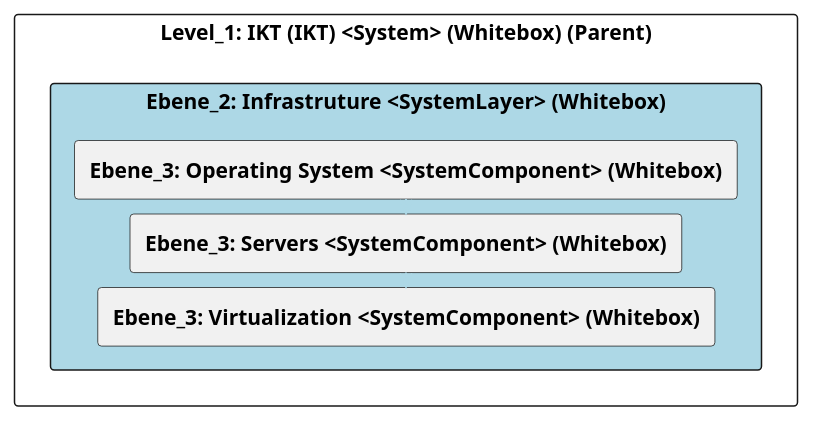
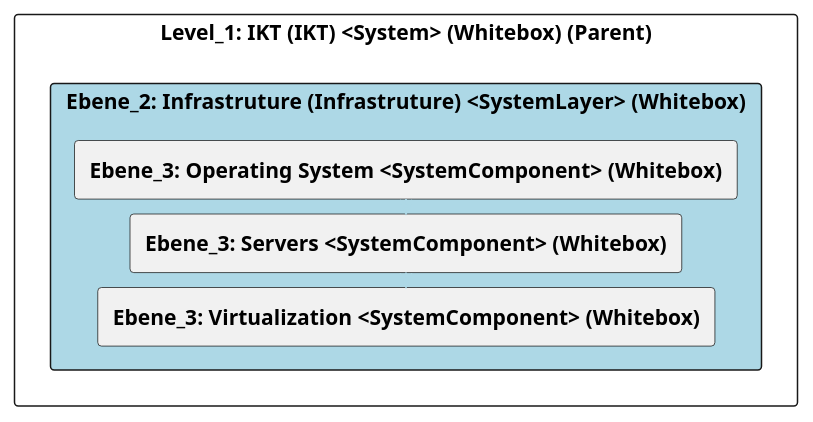
The diagram in src/cleon.architecturemethods.arc42.sample/doc/cleon_architecturemethods_arc42_sample_system/adoc/de/05_bausteinsicht/ikt/infrastruture/ebene_2_infrastruture.adoc (marcozwyssig/cleon), drawn with PlantUML before and after one commit. The commit also changed other lines of this file and 166 other files, not shown here.

```diff
--- a/src/cleon.architecturemethods.arc42.sample/doc/cleon_architecturemethods_arc42_sample_system/adoc/de/05_bausteinsicht/ikt/infrastruture/ebene_2_infrastruture.adoc
+++ b/src/cleon.architecturemethods.arc42.sample/doc/cleon_architecturemethods_arc42_sample_system/adoc/de/05_bausteinsicht/ikt/infrastruture/ebene_2_infrastruture.adoc
@@ -20,30 +20,30 @@
-[plantuml, Ebene_2: Infrastruture <SystemLayer> (Whitebox)BlockOverview, format="svg"]
+[plantuml, Ebene_2: Infrastruture (Infrastruture) <SystemLayer> (Whitebox)BlockOverview, format="svg"]
 ----
-@startuml Ebene_2: Infrastruture <SystemLayer> (Whitebox)BuildingBlockOverview
+@startuml Ebene_2: Infrastruture (Infrastruture) <SystemLayer> (Whitebox)BuildingBlockOverview
 
 skinparam ranksep 10
 skinparam componentStyle rectangle
 skinparam shadowing false
 skinparam arrowColor lightblue
 skinparam arrowThickness 1.2
 skinparam rectangle {
   BackgroundColor White
   BorderColor #333
   RoundCorner 10
 }
 top to bottom direction
 
 component "Level_1: IKT (IKT) <System> (Whitebox) (Parent)" {
-    component "Ebene_2: Infrastruture <SystemLayer> (Whitebox)" #lightblue {
+    component "Ebene_2: Infrastruture (Infrastruture) <SystemLayer> (Whitebox)" #lightblue {
         [**Ebene_3: Operating System <SystemComponent> (Whitebox)**] as 07FC9046_BEE7_11EF_8DCB_A78DEF9EA3BD
         [**Ebene_3: Servers <SystemComponent> (Whitebox)**] as 42DB7E7F_BEDF_11EF_B498_058EE446F8E7
         [**Ebene_3: Virtualization <SystemComponent> (Whitebox)**] as 483100CA_BEDF_11EF_B498_058EE446F8E7
     }
 
     07FC9046_BEE7_11EF_8DCB_A78DEF9EA3BD -down-> 42DB7E7F_BEDF_11EF_B498_058EE446F8E7
     42DB7E7F_BEDF_11EF_B498_058EE446F8E7 -down-> 483100CA_BEDF_11EF_B498_058EE446F8E7
     
 }
 
 @enduml
 ----
```
